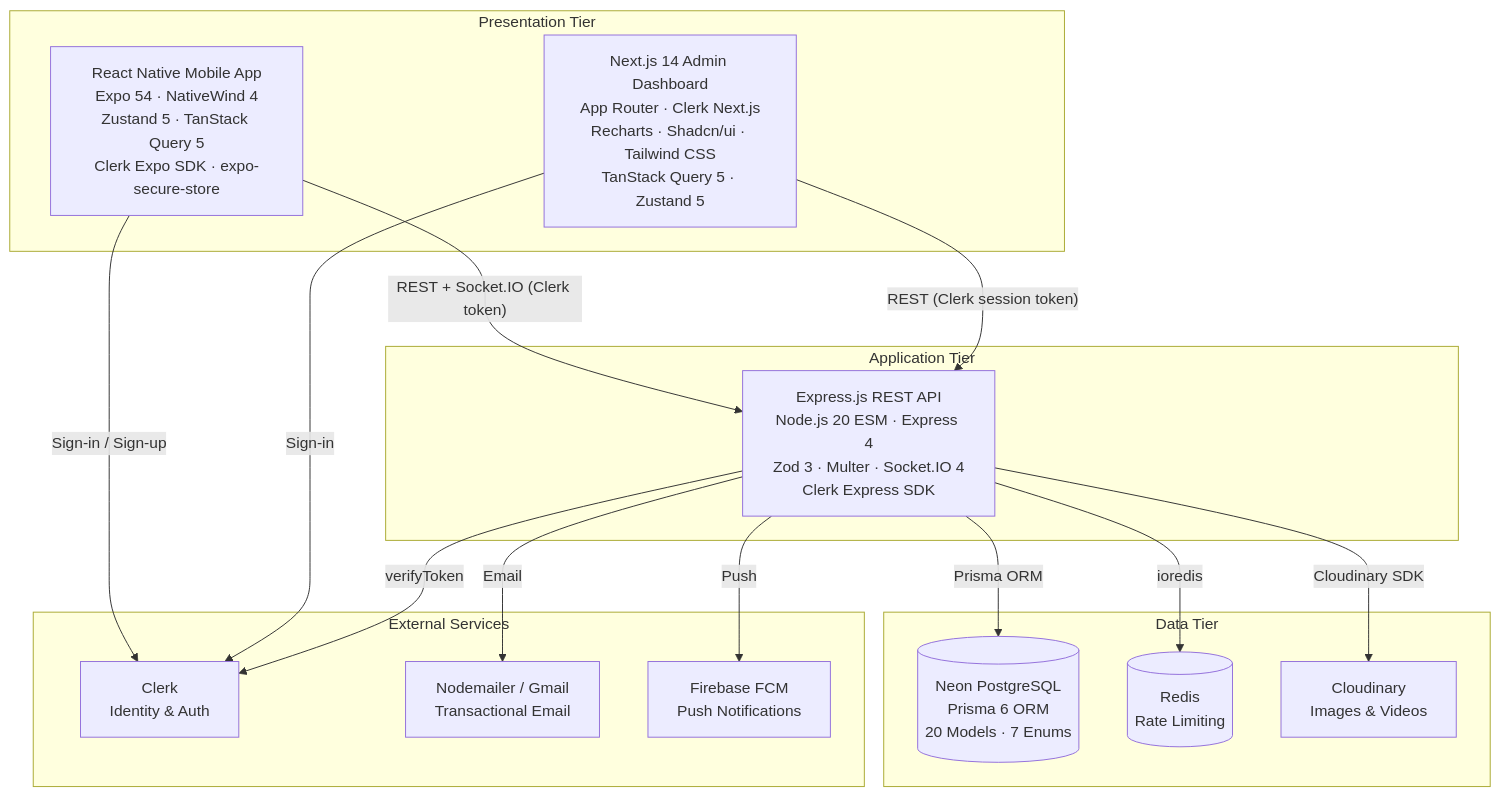
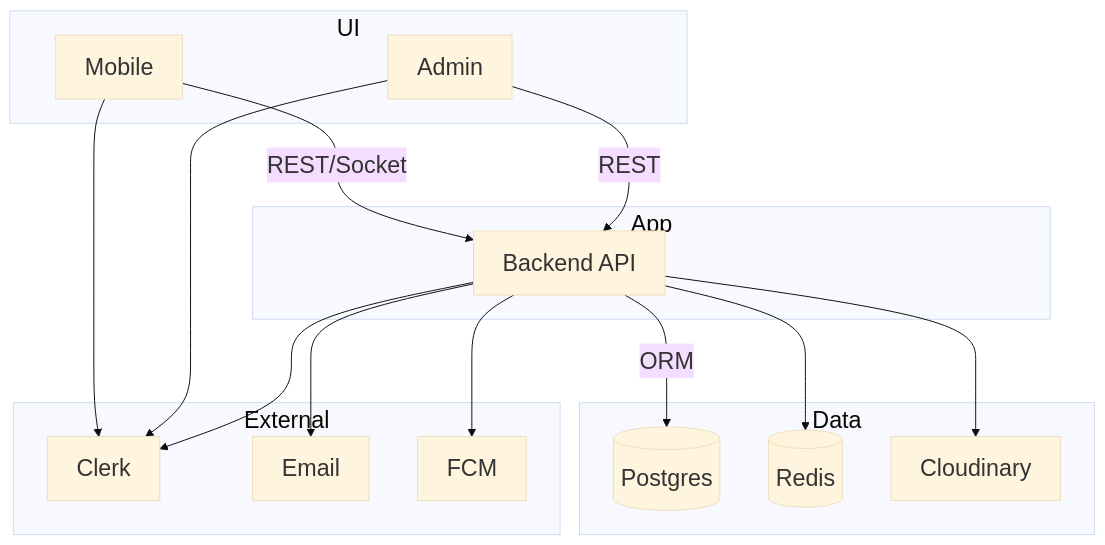
One commit to jim2107054/Housely changed the first of 16 diagrams in housely_mermaid_diagrams.md. Above: the diagram before and after it, drawn with Mermaid. The commit also changed other lines of this file and 4 other files, not shown here.

First line of the commit message:
feat(config): enhance API URL resolution for Expo apps

````diff
--- a/housely_mermaid_diagrams.md
+++ b/housely_mermaid_diagrams.md
@@ -10,35 +9,35 @@
 ```mermaid
+%%{init: {"theme":"base","themeVariables":{"fontFamily":"Times New Roman","fontSize":"24px"}}}%%
 graph TB
-    subgraph PresentationTier["Presentation Tier"]
-        RN["React Native Mobile App\nExpo 54 · NativeWind 4\nZustand 5 · TanStack Query 5\nClerk Expo SDK · expo-secure-store"]
-        NEXT["Next.js 14 Admin Dashboard\nApp Router · Clerk Next.js\nRecharts · Shadcn/ui · Tailwind CSS\nTanStack Query 5 · Zustand 5"]
+    subgraph UI["UI"]
+        RN["Mobile"]
+        NEXT["Admin"]
     end
 
-    subgraph ApplicationTier["Application Tier"]
-        API["Express.js REST API\nNode.js 20 ESM · Express 4\nZod 3 · Multer · Socket.IO 4\nClerk Express SDK"]
+    subgraph APP["App"]
+        API["Backend API"]
     end
 
-    subgraph DataTier["Data Tier"]
-        PG[("Neon PostgreSQL\nPrisma 6 ORM\n20 Models · 7 Enums")]
-        RD[("Redis\nRate Limiting")]
-        CLD["Cloudinary\nImages & Videos"]
+    subgraph DATA["Data"]
+        PG[("Postgres")]
+        RD[("Redis")]
+        CLD["Cloudinary"]
     end
 
-    subgraph ExternalServices["External Services"]
-        CLERK["Clerk\nIdentity & Auth"]
-        NM["Nodemailer / Gmail\nTransactional Email"]
-        FCM["Firebase FCM\nPush Notifications"]
+    subgraph EXT["External"]
+        CLERK["Clerk"]
+        NM["Email"]
+        FCM["FCM"]
     end
 
-    RN   -- "REST + Socket.IO (Clerk token)" --> API
-    NEXT -- "REST (Clerk session token)"     --> API
-
-    API -- "Prisma ORM"    --> PG
-    API -- "ioredis"       --> RD
-    API -- "Cloudinary SDK"--> CLD
-    API -- "Email"         --> NM
-    API -- "Push"          --> FCM
-    RN   -- "Sign-in / Sign-up" --> CLERK
-    NEXT -- "Sign-in"           --> CLERK
-    API  -- "verifyToken"       --> CLERK
+    RN -->|REST/Socket| API
+    NEXT -->|REST| API
+    API -->|ORM| PG
+    API --> RD
+    API --> CLD
+    API --> NM
+    API --> FCM
+    RN --> CLERK
+    NEXT --> CLERK
+    API --> CLERK
 ```
````
